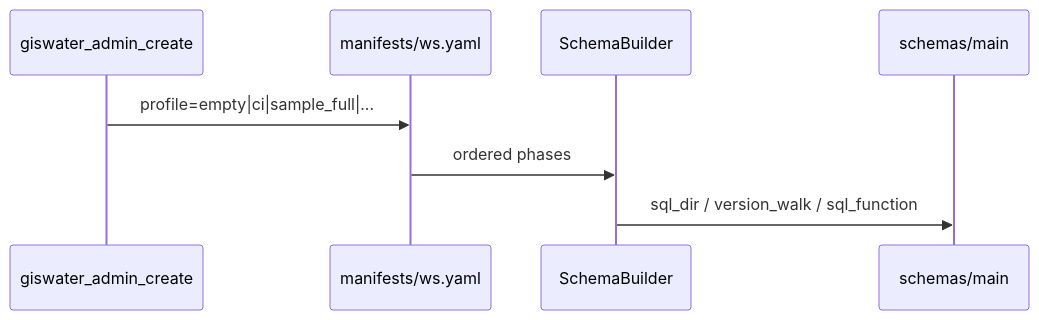
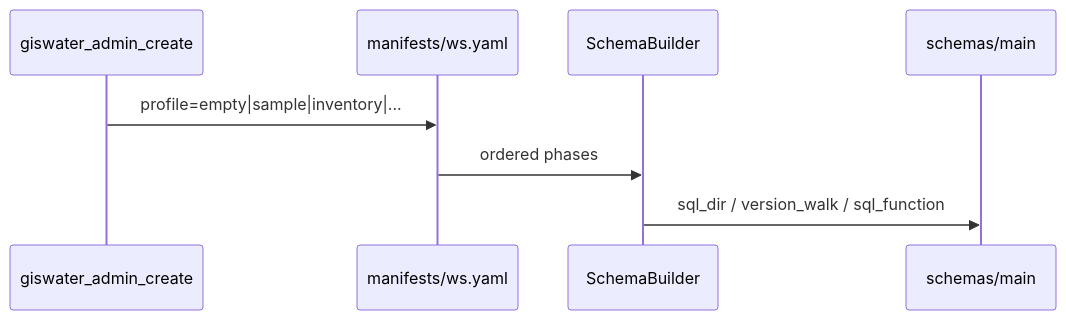
Before and after one commit to Giswater/giswater_qgis_plugin: the first of 4 diagrams in dbmodel/README.md, drawn with Mermaid. The commit also changed other lines of this file and 16 other files, not shown here.

````diff
--- a/dbmodel/README.md
+++ b/dbmodel/README.md
@@ -79,10 +79,10 @@
 ```mermaid
 sequenceDiagram
   participant CLI as giswater_admin_create
   participant M as manifests/ws.yaml
   participant B as SchemaBuilder
   participant SQL as schemas/main
-  CLI->>M: profile=empty|ci|sample_full|...
+  CLI->>M: profile=empty|sample|inventory|...
   M->>B: ordered phases
   B->>SQL: sql_dir / version_walk / sql_function
 ```
````
